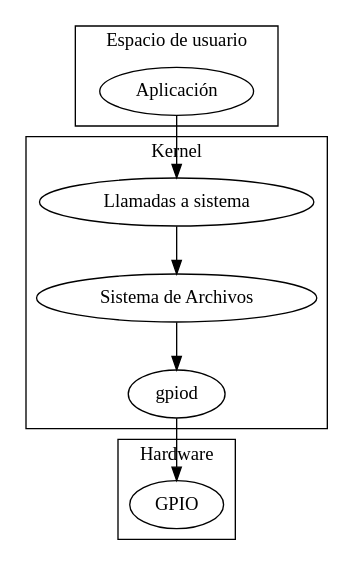
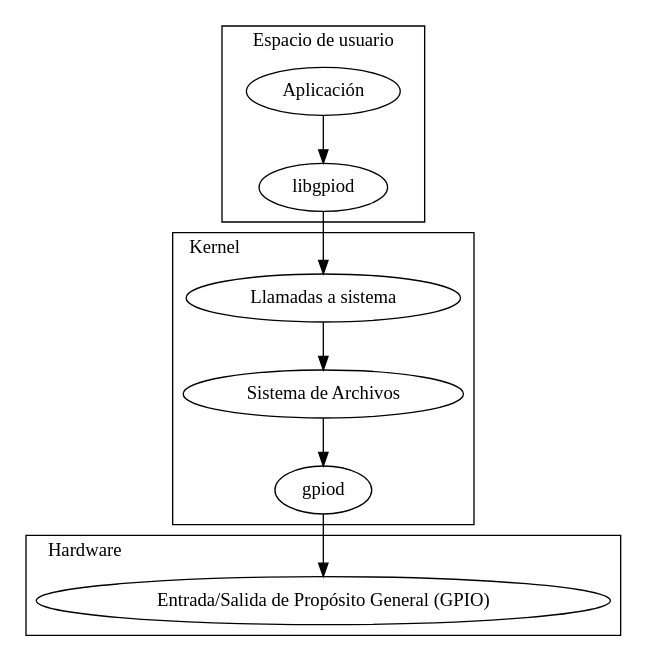
The diagram in _src/arquitectura-gpiod.gv (ghsalazar/dsp-raspberrypi), drawn with Graphviz before and after one commit. The commit also changed 3 other files, not shown here.

```diff
--- a/_src/arquitectura-gpiod.gv
+++ b/_src/arquitectura-gpiod.gv
@@ -1,22 +1,26 @@
 digraph gpiod 
 {
     subgraph cluster_usuario {
         label="Espacio de usuario";
-        aplicacion [label="Aplicación"];    
+        labeljust = "l";
+        aplicacion [label="Aplicación"];
+        aplicacion -> libgpiod;
     }
 
     subgraph cluster_kernel {
         label="Kernel";
+        labeljust = "l";
         llamadasSistema [label="Llamadas a sistema"]
         sistemaArchivos [label="Sistema de Archivos"];
         llamadasSistema -> sistemaArchivos -> gpiod;
     }
 
     subgraph cluster_hardware {
         label="Hardware";
-        GPIO;
+        labeljust = "l";
+        GPIO [label="Entrada/Salida de Propósito General (GPIO)"];
     }
 
-    aplicacion -> llamadasSistema;
+    libgpiod -> llamadasSistema;
     gpiod -> GPIO;
 }
```
